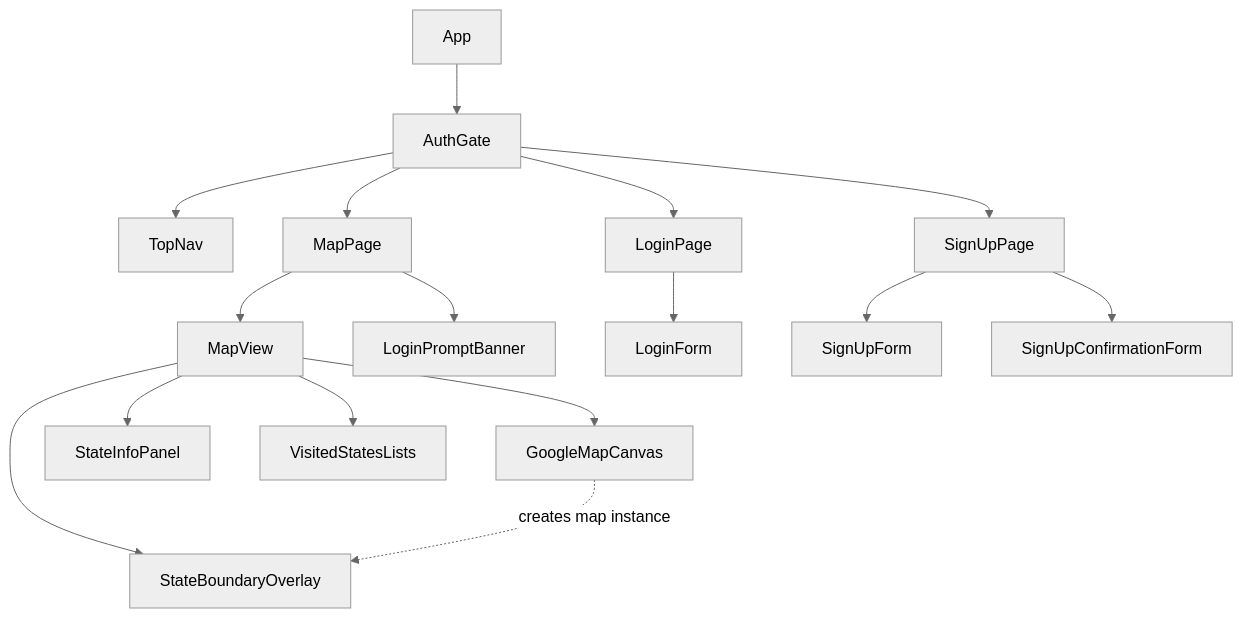
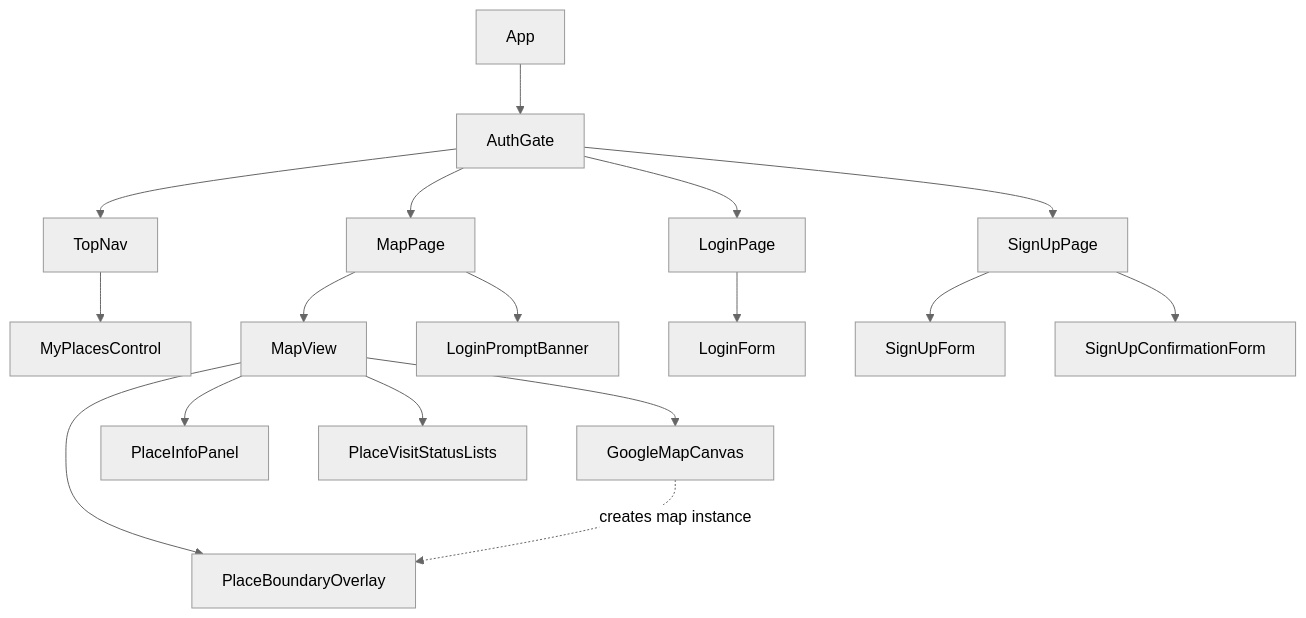
One commit to brentsowers1/coordinatecommons changed the first of 5 diagrams in .kiro/specs/state-visit-tracker/design.md. Above: the diagram before and after it, drawn with Mermaid (neutral theme). The commit also changed other lines of this file and 59 other files, not shown here.

````diff
--- a/.kiro/specs/state-visit-tracker/design.md
+++ b/.kiro/specs/state-visit-tracker/design.md
@@ -27,18 +31,19 @@
 ```mermaid
 graph TD
     App --> AuthGate
     AuthGate --> TopNav
     AuthGate --> MapPage
     AuthGate --> LoginPage
     AuthGate --> SignUpPage
+    TopNav --> MyPlacesControl
     MapPage --> MapView
     MapPage --> LoginPromptBanner
     MapView --> GoogleMapCanvas
-    MapView --> StateBoundaryOverlay
-    MapView --> StateInfoPanel
-    MapView --> VisitedStatesLists
-    GoogleMapCanvas -. "creates map instance" .-> StateBoundaryOverlay
+    MapView --> PlaceBoundaryOverlay
+    MapView --> PlaceInfoPanel
+    MapView --> PlaceVisitStatusLists
+    GoogleMapCanvas -. "creates map instance" .-> PlaceBoundaryOverlay
     LoginPage --> LoginForm
     SignUpPage --> SignUpForm
     SignUpPage --> SignUpConfirmationForm
 ```
````
